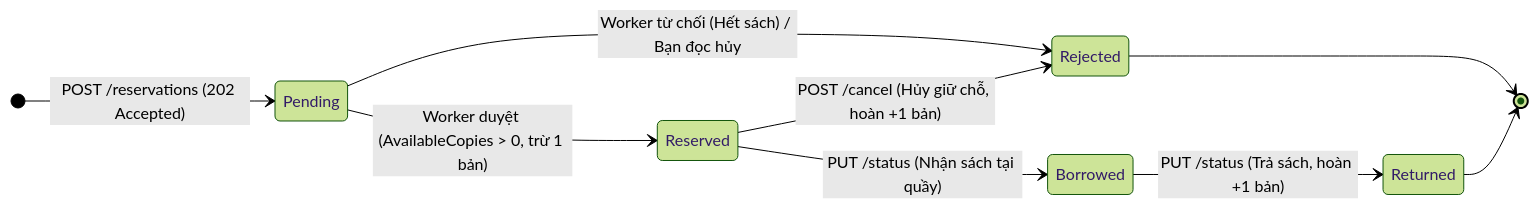
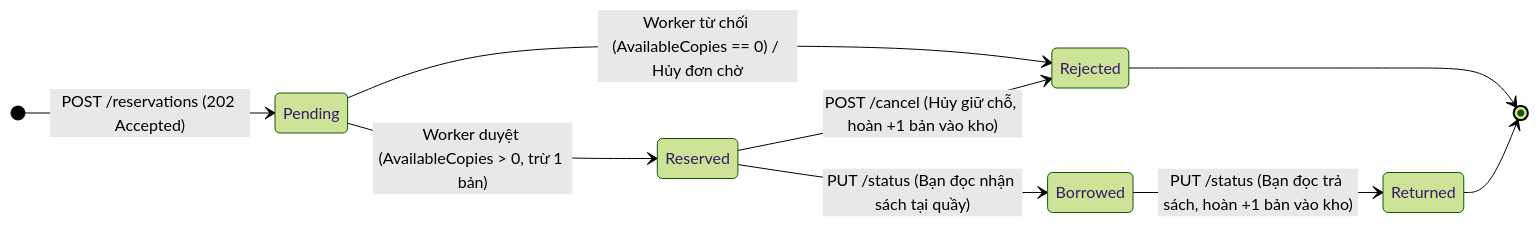
The second of 3 diagrams in README.md (azmedia2006/distributed-library-reservation-v2), drawn with Mermaid (forest theme) before and after one commit. The commit also changed other lines of this file and 3 other files, not shown here.

````diff
--- a/README.md
+++ b/README.md
@@ -116,12 +135,12 @@
 ```mermaid
 stateDiagram-v2
     direction LR
     [*] --> Pending : POST /reservations (202 Accepted)
     Pending --> Reserved : Worker duyệt (AvailableCopies > 0, trừ 1 bản)
-    Pending --> Rejected : Worker từ chối (Hết sách) / Bạn đọc hủy
-    Reserved --> Borrowed : PUT /status (Nhận sách tại quầy)
-    Reserved --> Rejected : POST /cancel (Hủy giữ chỗ, hoàn +1 bản)
-    Borrowed --> Returned : PUT /status (Trả sách, hoàn +1 bản)
+    Pending --> Rejected : Worker từ chối (AvailableCopies == 0) / Hủy đơn chờ
+    Reserved --> Borrowed : PUT /status (Bạn đọc nhận sách tại quầy)
+    Reserved --> Rejected : POST /cancel (Hủy giữ chỗ, hoàn +1 bản vào kho)
+    Borrowed --> Returned : PUT /status (Bạn đọc trả sách, hoàn +1 bản vào kho)
     Rejected --> [*]
     Returned --> [*]
 ```
````
